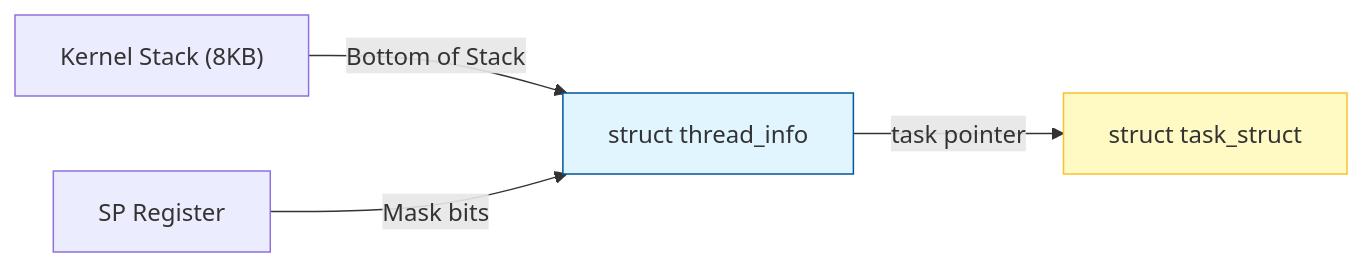
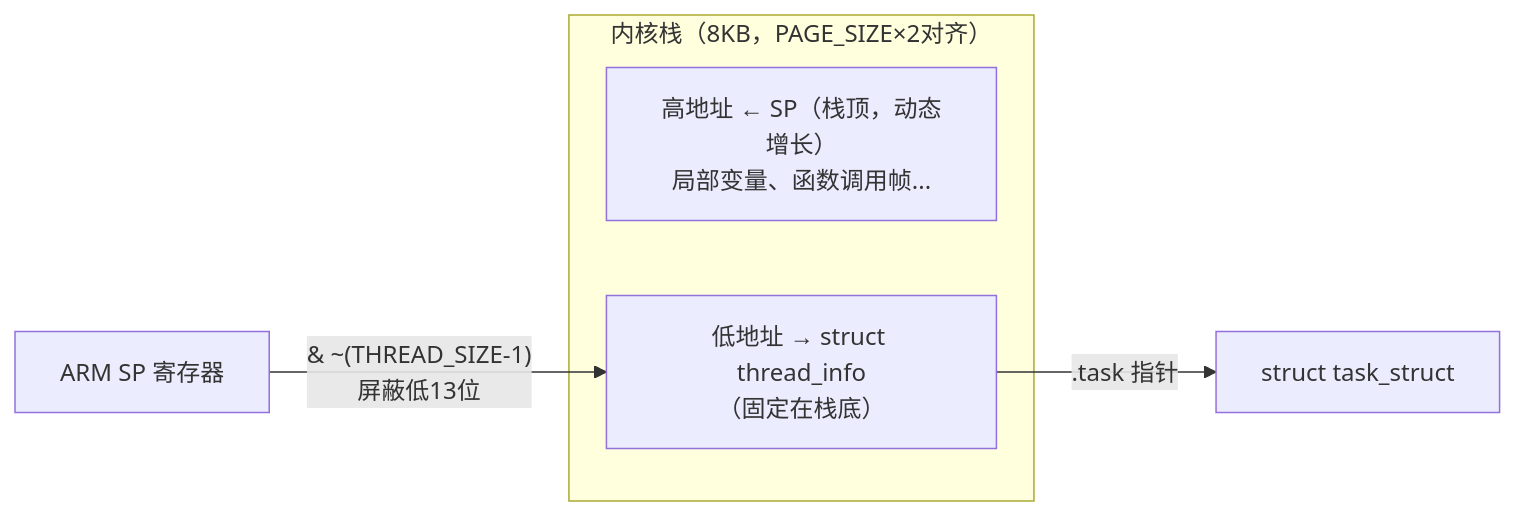
One commit to yceachan/Neo-Embedded-Linux changed the third of 4 diagrams in note/虚拟化/程序和进程/01-进程控制块：task_struct-的解剖.md. Above: the diagram before and after it, drawn with Mermaid. The commit also changed other lines of this file and 56 other files, not shown here.

````diff
--- a/note/虚拟化/程序和进程/01-进程控制块：task_struct-的解剖.md
+++ b/note/虚拟化/程序和进程/01-进程控制块：task_struct-的解剖.md
@@ -53,13 +237,10 @@
 ```mermaid
 graph LR
-    KernelStack["Kernel Stack (8KB)"]
-    TI["struct thread_info"]
-    TS["struct task_struct"]
+    subgraph "内核栈（8KB，PAGE_SIZE×2对齐）"
+        TOP["高地址 ← SP（栈顶，动态增长）\n局部变量、函数调用帧..."]
+        BOT["低地址 → struct thread_info\n（固定在栈底）"]
+    end
 
-    KernelStack -- "Bottom of Stack" --> TI
-    TI -- "task pointer" --> TS
-    RegSP["SP Register"] -- "Mask bits" --> TI
-
-    style TI fill:#e1f5fe,stroke:#01579b
-    style TS fill:#fff9c4,stroke:#fbc02d
+    SP["ARM SP 寄存器"] -- "& ~(THREAD_SIZE-1)\n屏蔽低13位" --> BOT
+    BOT -- ".task 指针" --> TS["struct task_struct"]
 ```
````
